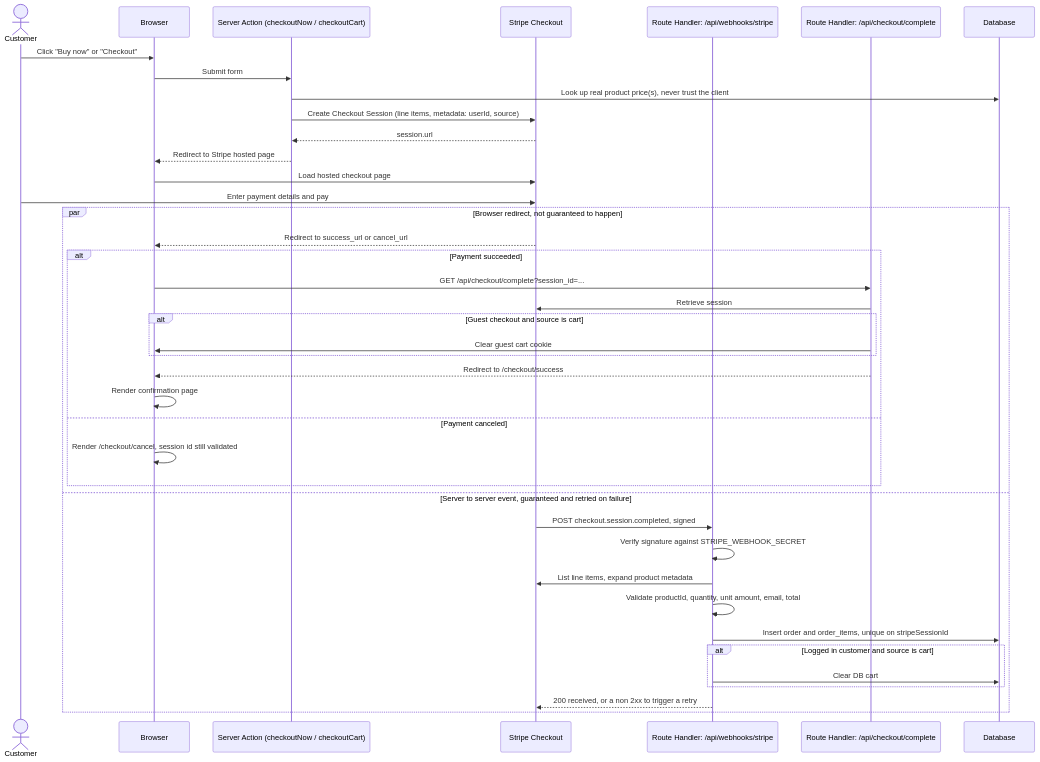
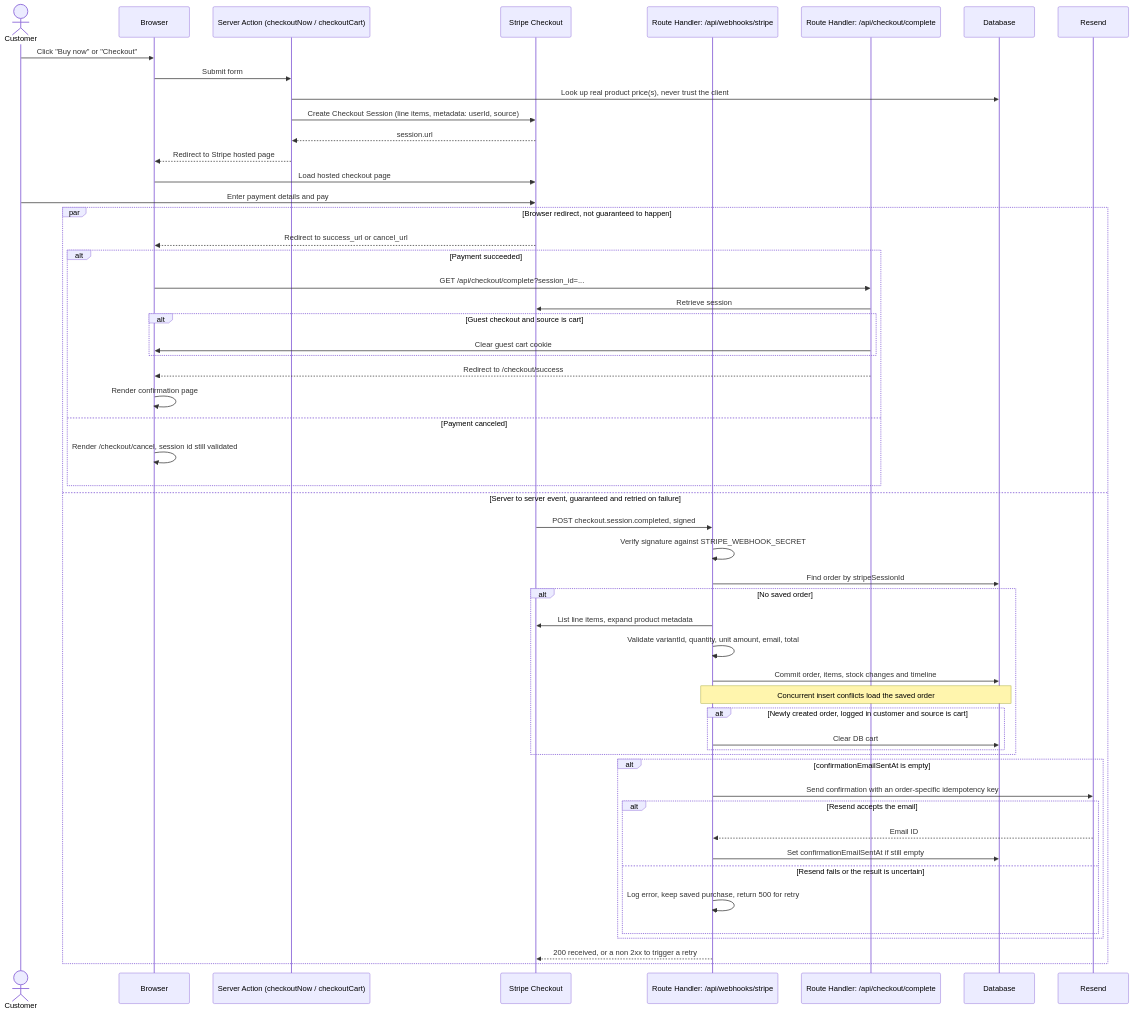
Before and after one commit to Matt-Anis/ShopiNext: the first of 2 diagrams in apps/client/docs/stripe-checkout-flow.md, drawn with Mermaid. The commit also changed other lines of this file and 1 other file, not shown here.

Commit message:
fix(checkout): clarify confirmation timing and document retries

````diff
--- a/apps/client/docs/stripe-checkout-flow.md
+++ b/apps/client/docs/stripe-checkout-flow.md
@@ -9,44 +10,58 @@
 ```mermaid
 sequenceDiagram
     actor Customer
     participant Browser
     participant ServerAction as Server Action (checkoutNow / checkoutCart)
     participant Stripe as Stripe Checkout
     participant Webhook as Route Handler: /api/webhooks/stripe
     participant Complete as Route Handler: /api/checkout/complete
     participant DB as Database
+    participant Resend as Resend
 
     Customer->>Browser: Click "Buy now" or "Checkout"
     Browser->>ServerAction: Submit form
     ServerAction->>DB: Look up real product price(s), never trust the client
     ServerAction->>Stripe: Create Checkout Session (line items, metadata: userId, source)
     Stripe-->>ServerAction: session.url
     ServerAction-->>Browser: Redirect to Stripe hosted page
     Browser->>Stripe: Load hosted checkout page
     Customer->>Stripe: Enter payment details and pay
 
     par Browser redirect, not guaranteed to happen
         Stripe-->>Browser: Redirect to success_url or cancel_url
         alt Payment succeeded
             Browser->>Complete: GET /api/checkout/complete?session_id=...
             Complete->>Stripe: Retrieve session
             alt Guest checkout and source is cart
                 Complete->>Browser: Clear guest cart cookie
             end
             Complete-->>Browser: Redirect to /checkout/success
             Browser->>Browser: Render confirmation page
         else Payment canceled
             Browser->>Browser: Render /checkout/cancel, session id still validated
         end
     and Server to server event, guaranteed and retried on failure
         Stripe->>Webhook: POST checkout.session.completed, signed
         Webhook->>Webhook: Verify signature against STRIPE_WEBHOOK_SECRET
-        Webhook->>Stripe: List line items, expand product metadata
-        Webhook->>Webhook: Validate productId, quantity, unit amount, email, total
-        Webhook->>DB: Insert order and order_items, unique on stripeSessionId
-        alt Logged in customer and source is cart
-            Webhook->>DB: Clear DB cart
+        Webhook->>DB: Find order by stripeSessionId
+        alt No saved order
+            Webhook->>Stripe: List line items, expand product metadata
+            Webhook->>Webhook: Validate variantId, quantity, unit amount, email, total
+            Webhook->>DB: Commit order, items, stock changes and timeline
+            Note over Webhook,DB: Concurrent insert conflicts load the saved order
+            alt Newly created order, logged in customer and source is cart
+                Webhook->>DB: Clear DB cart
+            end
+        end
+        alt confirmationEmailSentAt is empty
+            Webhook->>Resend: Send confirmation with an order-specific idempotency key
+            alt Resend accepts the email
+                Resend-->>Webhook: Email ID
+                Webhook->>DB: Set confirmationEmailSentAt if still empty
+            else Resend fails or the result is uncertain
+                Webhook->>Webhook: Log error, keep saved purchase, return 500 for retry
+            end
         end
         Webhook-->>Stripe: 200 received, or a non 2xx to trigger a retry
     end
 ```
````
